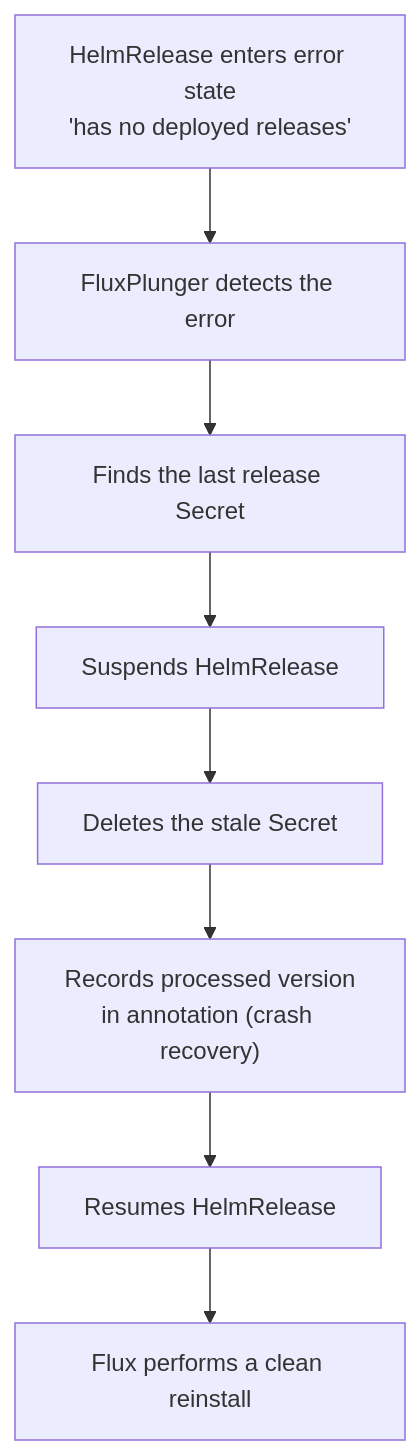
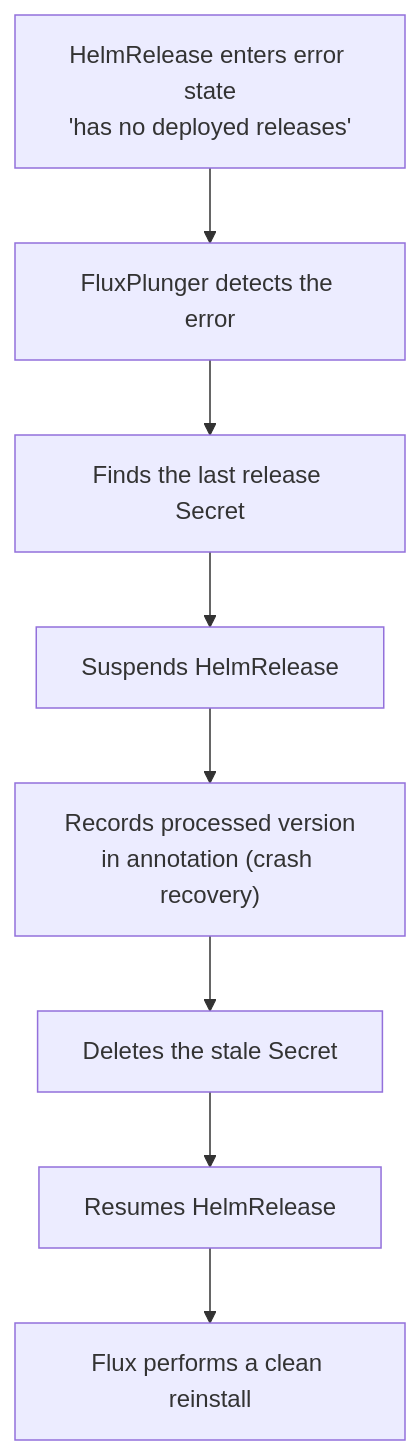
One commit to katamarina-ru/cozystack-website changed the eighth of 9 diagrams in content/en/docs/next/guides/concepts.md. Above: the diagram before and after it, drawn with Mermaid.

Commit message:
docs(next): show flux-plunger recording the processed version first
flux-plunger records the revision it is about to reclaim in its
processed-version annotation before it deletes that storage Secret, so
a write that fails never lets a later pass delete the next revision.
The recovery diagram still showed the Secret deleted first.

````diff
--- a/content/en/docs/next/guides/concepts.md
+++ b/content/en/docs/next/guides/concepts.md
@@ -266,19 +266,19 @@
 ```mermaid
 flowchart TD
     ERR["HelmRelease enters error state<br/>'has no deployed releases'"]
     DETECT["FluxPlunger detects the error"]
     FIND["Finds the last release Secret"]
     SUSPEND["Suspends HelmRelease"]
+    ANNOTATE["Records processed version<br/>in annotation (crash recovery)"]
     DEL["Deletes the stale Secret"]
-    ANNOTATE["Records processed version<br/>in annotation (crash recovery)"]
     RESUME["Resumes HelmRelease"]
     REINSTALL["Flux performs a clean reinstall"]
 
     ERR --> DETECT
     DETECT --> FIND
     FIND --> SUSPEND
-    SUSPEND --> DEL
-    DEL --> ANNOTATE
-    ANNOTATE --> RESUME
+    SUSPEND --> ANNOTATE
+    ANNOTATE --> DEL
+    DEL --> RESUME
     RESUME --> REINSTALL
 ```
````
